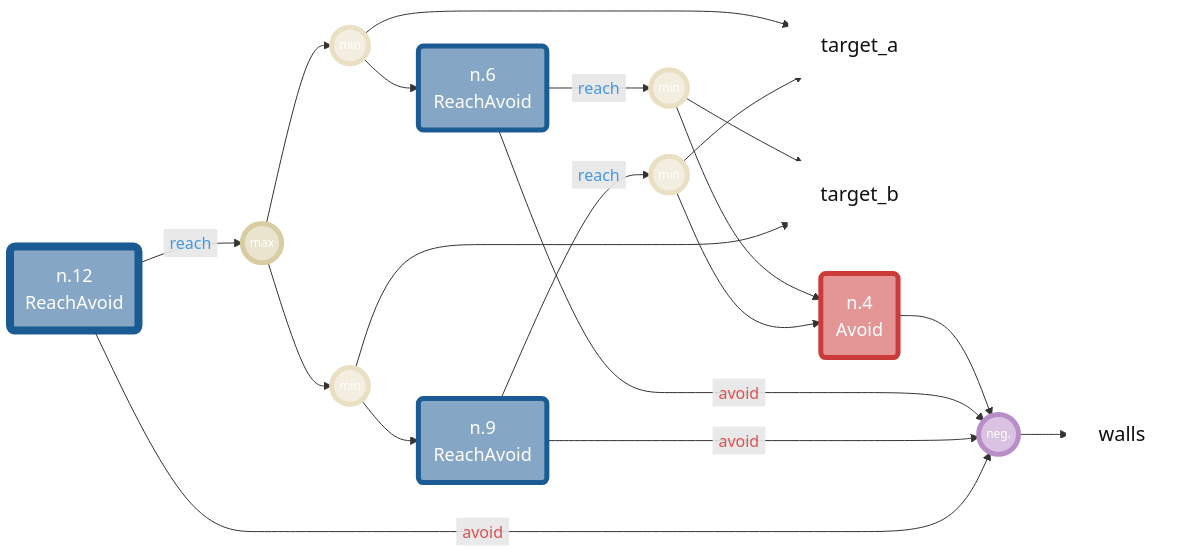
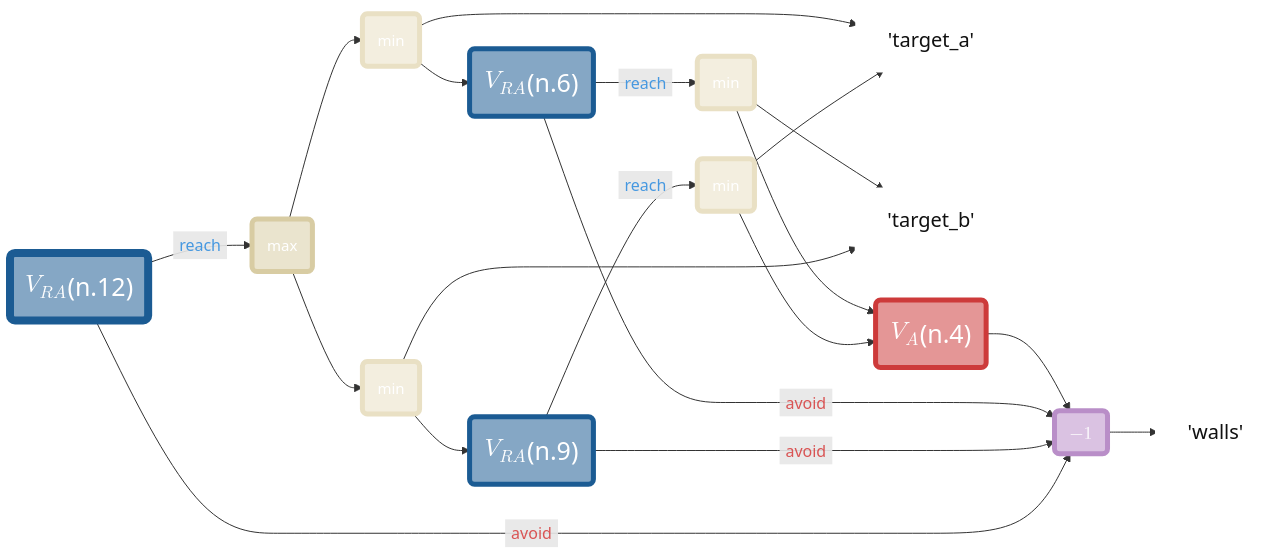
The diagram in value_tree_dag.mmd (willsharpless/valtr), drawn with Mermaid before and after one commit. The commit also changed 3 other files, not shown here.

Commit message:
mermaid on readme

```diff
--- a/value_tree_dag.mmd
+++ b/value_tree_dag.mmd
@@ -1,57 +1,57 @@
-%%{init: {"theme":"base","htmlLabels":true,"flowchart":{"padding":20},"themeVariables":{"background":"#FFFFFF00","fontFamily":"JetBrains Mono, Roboto Mono, Menlo, Consolas, monospace","edgeLabelBackground":"#FFFFFF","lineColor":"#2c3e50","defaultLinkColor":"#2c3e50"},"themeCSS":".edgeLabel rect { fill: #FFFFFF !important; stroke: #2c3e50 !important; stroke-width: 1px !important; rx: 999px; ry: 999px; } .edgeLabel span, .edgeLabel p { background: transparent !important; } .edgeLabel foreignObject { background: transparent !important; } .labelBkg { fill: #FFFFFF !important; } .flowchart-link, .edgePath path, .edge-thickness-normal, .edge-thickness-thick { stroke: #2c3e50 !important; stroke-width: 2.25px !important; fill: none !important; } .arrowheadPath { stroke: #2c3e50 !important; stroke-width: 2.25px !important; fill: #2c3e50 !important; } svg { background-color: transparent; }"}%%
+%%{init: {"theme":"base","htmlLabels":true,"flowchart":{"padding":8},"themeVariables":{"background":"#FFFFFF00","fontFamily":"JetBrains Mono, Roboto Mono, Menlo, Consolas, monospace","edgeLabelBackground":"#FFFFFF","lineColor":"#2c3e50","defaultLinkColor":"#2c3e50"},"themeCSS":".edgeLabel rect { fill: #FFFFFF !important; stroke: #2c3e50 !important; stroke-width: 1px !important; rx: 999px; ry: 999px; } .edgeLabel span, .edgeLabel p { background: transparent !important; } .edgeLabel foreignObject { background: transparent !important; } .labelBkg { fill: #FFFFFF !important; } .flowchart-link, .edgePath path, .edge-thickness-normal, .edge-thickness-thick { stroke: #2c3e50 !important; stroke-width: 2.25px !important; fill: none !important; } .arrowheadPath { stroke: #2c3e50 !important; stroke-width: 2.25px !important; fill: #2c3e50 !important; } svg { background-color: transparent; }"}%%
 flowchart LR
-    n0@{ shape: rectangle, label: "target_a" }
-    n1@{ shape: rectangle, label: "target_b" }
-    n2@{ shape: rectangle, label: "walls" }
-    n3@{ shape: circle, label: "neg." }
-    n4@{ shape: rounded, label: "n.4<br/>Avoid" }
-    n5@{ shape: circle, label: "min" }
-    n6@{ shape: rounded, label: "n.6<br/>ReachAvoid" }
-    n7@{ shape: circle, label: "min" }
-    n8@{ shape: circle, label: "min" }
-    n9@{ shape: rounded, label: "n.9<br/>ReachAvoid" }
-    n10@{ shape: circle, label: "min" }
-    n11@{ shape: circle, label: "max" }
-    n12@{ shape: rounded, label: "n.12<br/>ReachAvoid" }
+    n0@{ shape: rectangle, label: "'target_a'" }
+    n1@{ shape: rectangle, label: "'target_b'" }
+    n2@{ shape: rectangle, label: "'walls'" }
+    n3@{ shape: rounded, label: "$$-1$$" }
+    n4@{ shape: rounded, label: "$$V_{A}$$ (n.4)" }
+    n5@{ shape: rounded, label: "min" }
+    n6@{ shape: rounded, label: "$$V_{RA}$$ (n.6)" }
+    n7@{ shape: rounded, label: "min" }
+    n8@{ shape: rounded, label: "min" }
+    n9@{ shape: rounded, label: "$$V_{RA}$$ (n.9)" }
+    n10@{ shape: rounded, label: "min" }
+    n11@{ shape: rounded, label: "max" }
+    n12@{ shape: rounded, label: "$$V_{RA}$$ (n.12)" }
     n3 --> n2
     n4 --> n3
     n5 --> n1
     n5 --> n4
     n6 -->|<span style="display:inline-block;padding:2px 6px;border-radius:999px;background:#FFFFFFF5;border:1px solid #86AECBF5;color:#4698E0 !important;opacity:1;">reach</span>| n5
     n6 -->|<span style="display:inline-block;padding:2px 6px;border-radius:999px;background:#F7DDDDF5;border:1px solid #D99898F5;color:#D95454 !important;opacity:1;">avoid</span>| n3
     n7 --> n0
     n7 --> n6
     n8 --> n0
     n8 --> n4
     n9 -->|<span style="display:inline-block;padding:2px 6px;border-radius:999px;background:#FFFFFFF5;border:1px solid #86AECBF5;color:#4698E0 !important;opacity:1;">reach</span>| n8
     n9 -->|<span style="display:inline-block;padding:2px 6px;border-radius:999px;background:#F7DDDDF5;border:1px solid #D99898F5;color:#D95454 !important;opacity:1;">avoid</span>| n3
     n10 --> n1
     n10 --> n9
     n11 --> n7
     n11 --> n10
     n12 -->|<span style="display:inline-block;padding:2px 6px;border-radius:999px;background:#FFFFFFF5;border:1px solid #86AECBF5;color:#4698E0 !important;opacity:1;">reach</span>| n11
     n12 -->|<span style="display:inline-block;padding:2px 6px;border-radius:999px;background:#F7DDDDF5;border:1px solid #D99898F5;color:#D95454 !important;opacity:1;">avoid</span>| n3
     class n0 var;
     class n1 var;
     class n2 var;
     class n3 negate;
     class n4 avoid;
     class n5 min;
     class n6 reachavoid;
     class n7 min;
     class n8 min;
     class n9 reachavoid;
     class n10 min;
     class n11 max;
     class n12 reachavoid;
-    classDef const fill:#95a5a688,stroke:#95a5a6,color:#111111,stroke-width:5px,font-size:18px;
+    classDef const fill:#95a5a688,stroke:#95a5a6,color:#111111,stroke-width:5px,font-size:25px;
     classDef var fill:#FFFFFF88,stroke:#FFFFFF,color:#111111,stroke-width:5px,font-size:20px;
-    classDef min fill:#E9E0C488,stroke:#E9E0C4,color:#FFFFFF,stroke-width:5px,font-size:12px;
-    classDef max fill:#D8CCA388,stroke:#D8CCA3,color:#FFFFFF,stroke-width:5px,font-size:12px;
-    classDef reachavoid fill:#1B5B9388,stroke:#1B5B93,color:#FFFFFF,stroke-width:5px,font-size:18px;
-    classDef avoid fill:#CD3A3A88,stroke:#CD3A3A,color:#FFFFFF,stroke-width:5px,font-size:18px;
-    classDef reach fill:#1B5B9388,stroke:#1B5B93,color:#FFFFFF,stroke-width:5px,font-size:18px;
-    classDef gu fill:#3AA65588,stroke:#3AA655,color:#111111,stroke-width:5px,font-size:18px;
-    classDef gumin fill:#3AA65588,stroke:#3AA655,color:#111111,stroke-width:5px,font-size:18px;
-    classDef negate fill:#B98EC888,stroke:#B98EC8,color:#FFFFFF,stroke-width:5px,font-size:12px;
+    classDef min fill:#E9E0C488,stroke:#E9E0C4,color:#FFFFFF,stroke-width:5px,font-size:15px;
+    classDef max fill:#D8CCA388,stroke:#D8CCA3,color:#FFFFFF,stroke-width:5px,font-size:15px;
+    classDef reachavoid fill:#1B5B9388,stroke:#1B5B93,color:#FFFFFF,stroke-width:5px,font-size:25px;
+    classDef avoid fill:#CD3A3A88,stroke:#CD3A3A,color:#FFFFFF,stroke-width:5px,font-size:25px;
+    classDef reach fill:#1B5B9388,stroke:#1B5B93,color:#FFFFFF,stroke-width:5px,font-size:25px;
+    classDef gu fill:#3AA65588,stroke:#3AA655,color:#111111,stroke-width:5px,font-size:25px;
+    classDef gumin fill:#3AA65588,stroke:#3AA655,color:#111111,stroke-width:5px,font-size:25px;
+    classDef negate fill:#B98EC888,stroke:#B98EC8,color:#FFFFFF,stroke-width:5px,font-size:18px;
     style n12 stroke:#1B5B93,stroke-width:8px;
```
